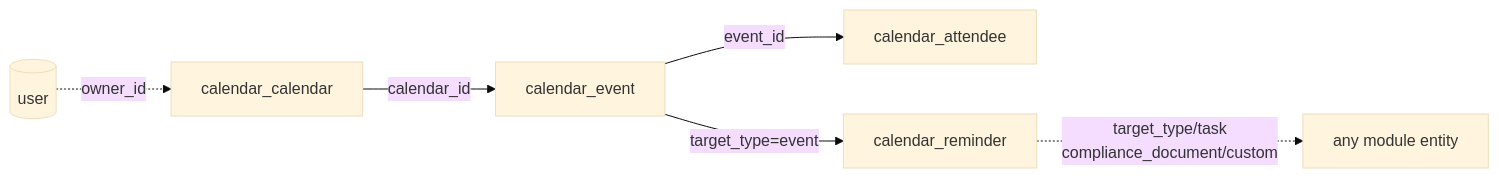
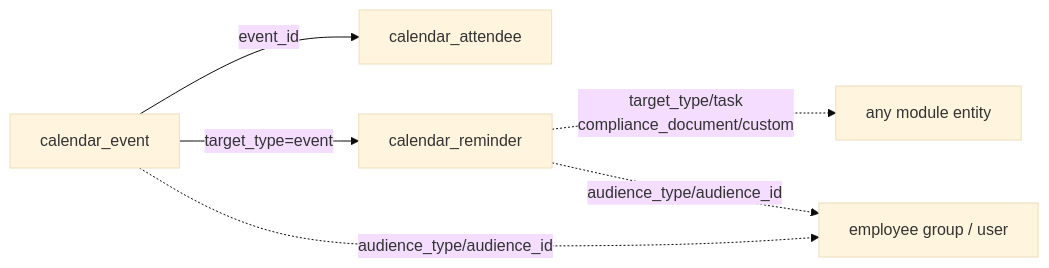
One commit to AdityaBorkar/aspen-os changed the diagram in packages/calendar/docs/db-schemas.mdx. Above: the diagram before and after it, drawn with Mermaid (base theme). The commit also changed other lines of this file and 53 other files, not shown here.

````diff
--- a/packages/calendar/docs/db-schemas.mdx
+++ b/packages/calendar/docs/db-schemas.mdx
@@ -120,8 +102,8 @@
 ```mermaid
 flowchart LR
-  user[(user)] -. owner_id .-> C[calendar_calendar]
-  C -->|calendar_id| E[calendar_event]
-  E -->|event_id| A[calendar_attendee]
+  E[calendar_event] -->|event_id| A[calendar_attendee]
   E -->|target_type=event| R[calendar_reminder]
   R -. target_type/task<br/>compliance_document/custom .-> EXT[any module entity]
+  E -. audience_type/audience_id .-> G[employee group / user]
+  R -. audience_type/audience_id .-> G
 ```
````
